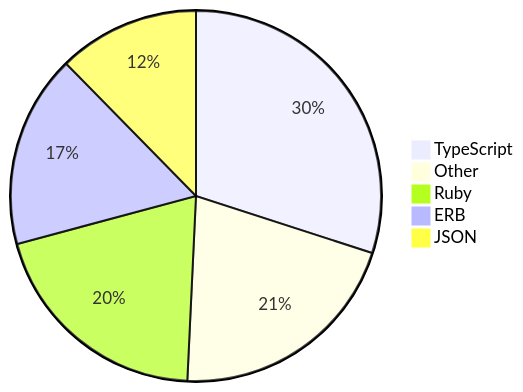
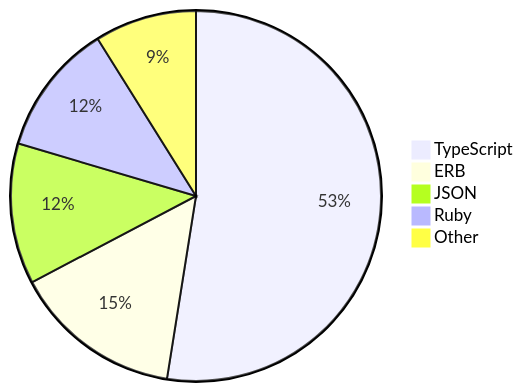
One commit to skvggor/skvggor changed the diagram in README.md. Above: the diagram before and after it, drawn with Mermaid.

Commit message:
Updated waka-readme graph with new metrics

````diff
--- a/README.md
+++ b/README.md
@@ -35,8 +35,8 @@
 ```mermaid
 pie
-    "TypeScript" : 22.1
-    "Other" : 15.3
-    "Ruby" : 14.8
-    "ERB" : 12.4
-    "JSON" : 9.1
+    "TypeScript" : 41.9
+    "ERB" : 11.8
+    "JSON" : 9.8
+    "Ruby" : 9.2
+    "Other" : 7.1
 ```
````
